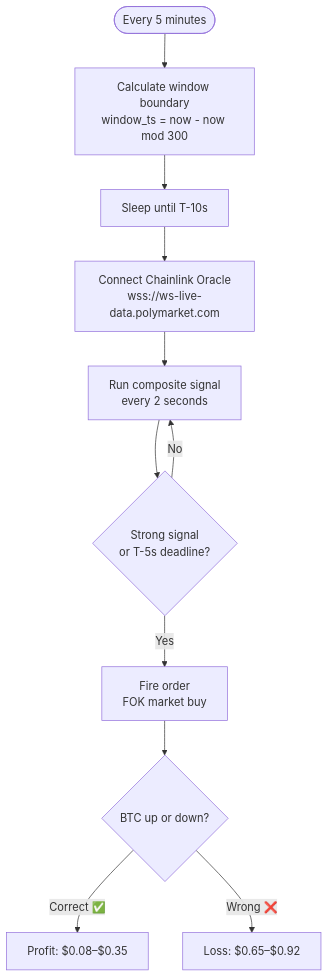
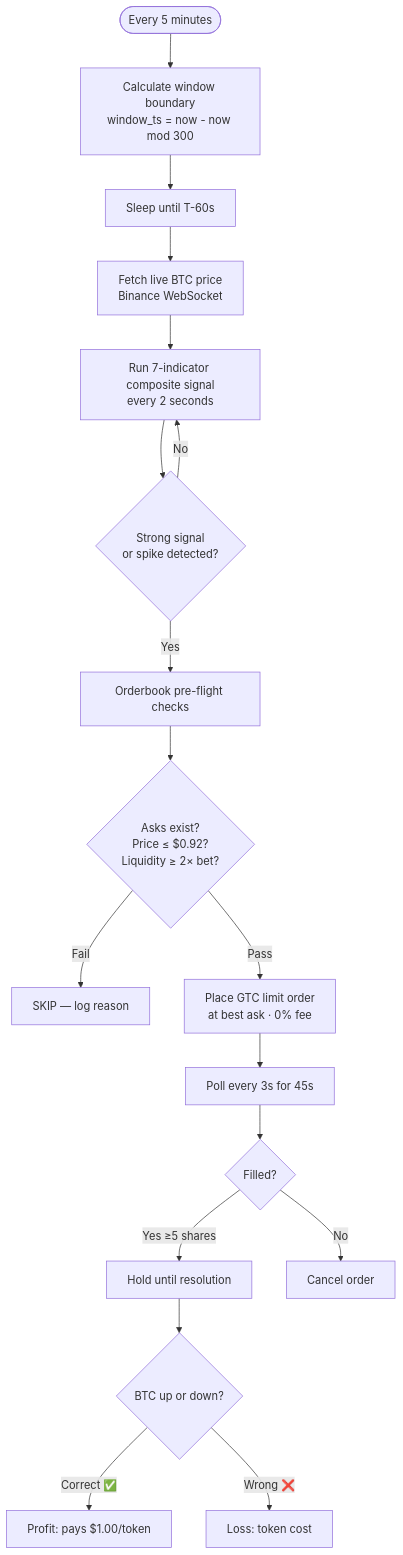
One commit to Suuuryaa/polymarket-edge-research changed the diagram in README.md. Above: the diagram before and after it, drawn with Mermaid. The commit also changed other lines of this file, not shown here.

Commit message:
docs: update README with live trading status and results

````diff
--- a/README.md
+++ b/README.md
@@ -24,13 +24,20 @@
 ```mermaid
 flowchart TD
     A([Every 5 minutes]) --> B[Calculate window boundary\nwindow_ts = now - now mod 300]
-    B --> C[Sleep until T-10s]
-    C --> D[Connect Chainlink Oracle\nwss://ws-live-data.polymarket.com]
-    D --> E[Run composite signal\nevery 2 seconds]
-    E --> F{Strong signal\nor T-5s deadline?}
+    B --> C[Sleep until T-60s]
+    C --> D[Fetch live BTC price\nBinance WebSocket]
+    D --> E[Run 7-indicator composite signal\nevery 2 seconds]
+    E --> F{Strong signal\nor spike detected?}
     F -->|No| E
-    F -->|Yes| G[Fire order\nFOK market buy]
-    G --> H{BTC up or down?}
-    H -->|Correct ✅| I[Profit: $0.08–$0.35]
-    H -->|Wrong ❌| J[Loss: $0.65–$0.92]
+    F -->|Yes| G[Orderbook pre-flight checks]
+    G --> H{Asks exist?\nPrice ≤ $0.92?\nLiquidity ≥ 2× bet?}
+    H -->|Fail| I[SKIP — log reason]
+    H -->|Pass| J[Place GTC limit order\nat best ask · 0% fee]
+    J --> K[Poll every 3s for 45s]
+    K --> L{Filled?}
+    L -->|Yes ≥5 shares| M[Hold until resolution]
+    L -->|No| N[Cancel order]
+    M --> O{BTC up or down?}
+    O -->|Correct ✅| P[Profit: pays $1.00/token]
+    O -->|Wrong ❌| Q[Loss: token cost]
 ```
````
